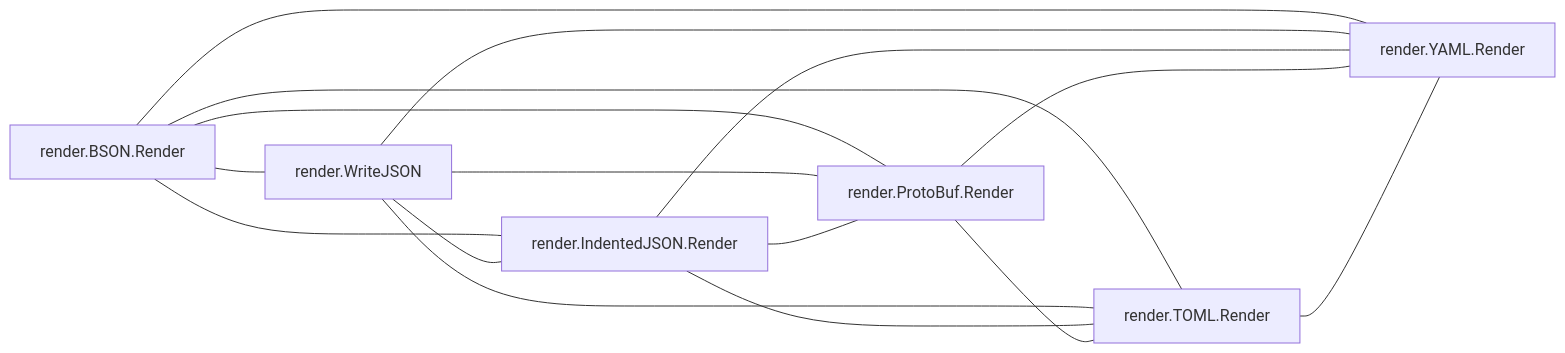
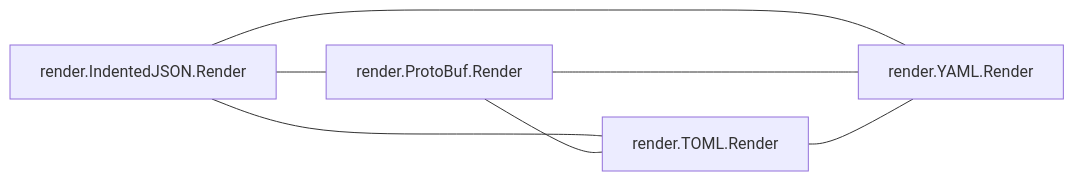
The fourth of 5 diagrams in examples/gin.md (LukasSelin/doppel), drawn with Mermaid before and after one commit. The commit also changed other lines of this file and 36 other files, not shown here.

````diff
--- a/examples/gin.md
+++ b/examples/gin.md
@@ -683,24 +644,13 @@
 ```mermaid
 flowchart LR
-    m0["render.BSON.Render"]
-    m1["render.WriteJSON"]
-    m2["render.IndentedJSON.Render"]
-    m3["render.ProtoBuf.Render"]
-    m4["render.TOML.Render"]
-    m5["render.YAML.Render"]
+    m0["render.IndentedJSON.Render"]
+    m1["render.ProtoBuf.Render"]
+    m2["render.TOML.Render"]
+    m3["render.YAML.Render"]
     m0 --- m1
     m0 --- m2
     m0 --- m3
-    m0 --- m4
-    m0 --- m5
     m1 --- m2
     m1 --- m3
-    m1 --- m4
-    m1 --- m5
     m2 --- m3
-    m2 --- m4
-    m2 --- m5
-    m3 --- m4
-    m3 --- m5
-    m4 --- m5
 ```
````
